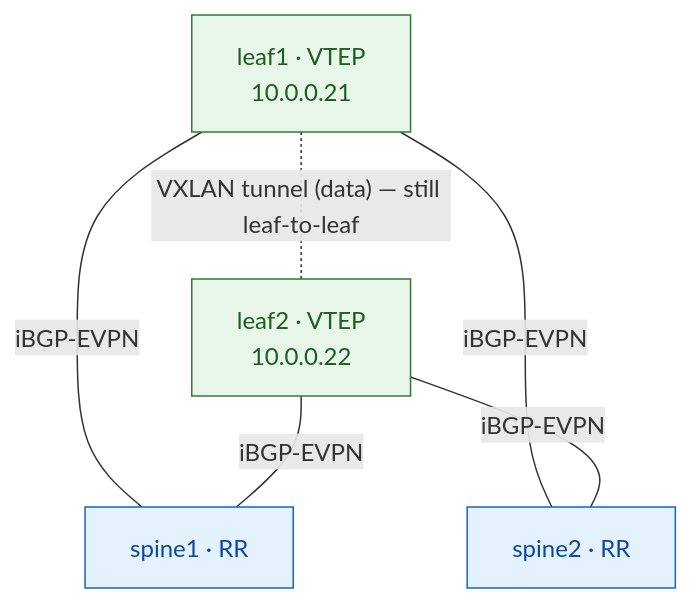
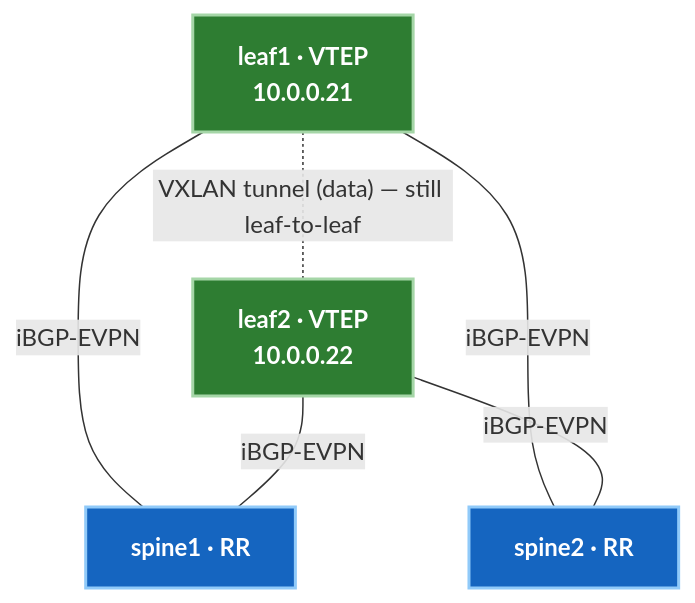
One commit to etherhtun/netforge-labs changed the diagram in docs/archive/juniper-vxlan-evpn/labs/lab-02-rr.md. Above: the diagram before and after it, drawn with Mermaid. The commit also changed 7 other files, not shown here.

Commit message:
fix(diagrams): update all Mermaid diagrams to use high-contrast white text on filled nodes for 100% visibility in both light and dark site themes

````diff
--- a/docs/archive/juniper-vxlan-evpn/labs/lab-02-rr.md
+++ b/docs/archive/juniper-vxlan-evpn/labs/lab-02-rr.md
@@ -27,15 +27,15 @@
 ```mermaid
 graph TB
     S1["spine1 · RR"]
     S2["spine2 · RR"]
     L1["leaf1 · VTEP<br/>10.0.0.21"]
     L2["leaf2 · VTEP<br/>10.0.0.22"]
     L1 ---|iBGP-EVPN| S1
     L1 ---|iBGP-EVPN| S2
     L2 ---|iBGP-EVPN| S1
     L2 ---|iBGP-EVPN| S2
     L1 -. "VXLAN tunnel (data) — still leaf-to-leaf" .- L2
-    classDef spine fill:#e3f2fd,stroke:#1565c0,color:#0d47a1;
-    classDef leaf  fill:#e8f5e9,stroke:#2e7d32,color:#1b5e20;
+    classDef spine fill:#1565c0,stroke:#90caf9,color:#ffffff,stroke-width:2px,font-weight:bold;
+    classDef leaf  fill:#2e7d32,stroke:#a5d6a7,color:#ffffff,stroke-width:2px,font-weight:bold;
     class S1,S2 spine; class L1,L2 leaf;
 ```
````
